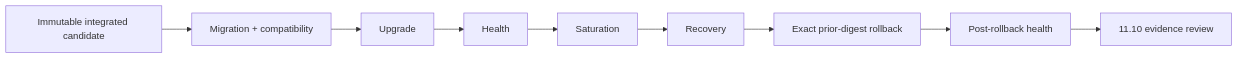
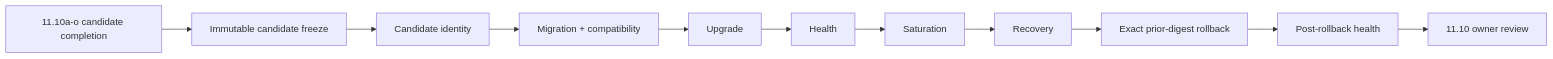
One commit to GJvManen/dtmo changed the second of 2 diagrams in docs/project/CURRENT_STATE.md. Above: the diagram before and after it, drawn with Mermaid. The commit also changed other lines of this file, not shown here.

Commit message:
docs: make Phase 11.10a the active candidate-completion slice

````diff
--- a/docs/project/CURRENT_STATE.md
+++ b/docs/project/CURRENT_STATE.md
@@ -55,11 +106,13 @@
 ```mermaid
 flowchart LR
-    I[Immutable integrated candidate] --> M[Migration + compatibility]
+    C[11.10a-o candidate completion] --> F[Immutable candidate freeze]
+    F --> I[Candidate identity]
+    I --> M[Migration + compatibility]
     M --> U[Upgrade]
     U --> H[Health]
     H --> S[Saturation]
     S --> R[Recovery]
     R --> B[Exact prior-digest rollback]
     B --> V[Post-rollback health]
-    V --> A[11.10 evidence review]
+    V --> A[11.10 owner review]
 ```
````
